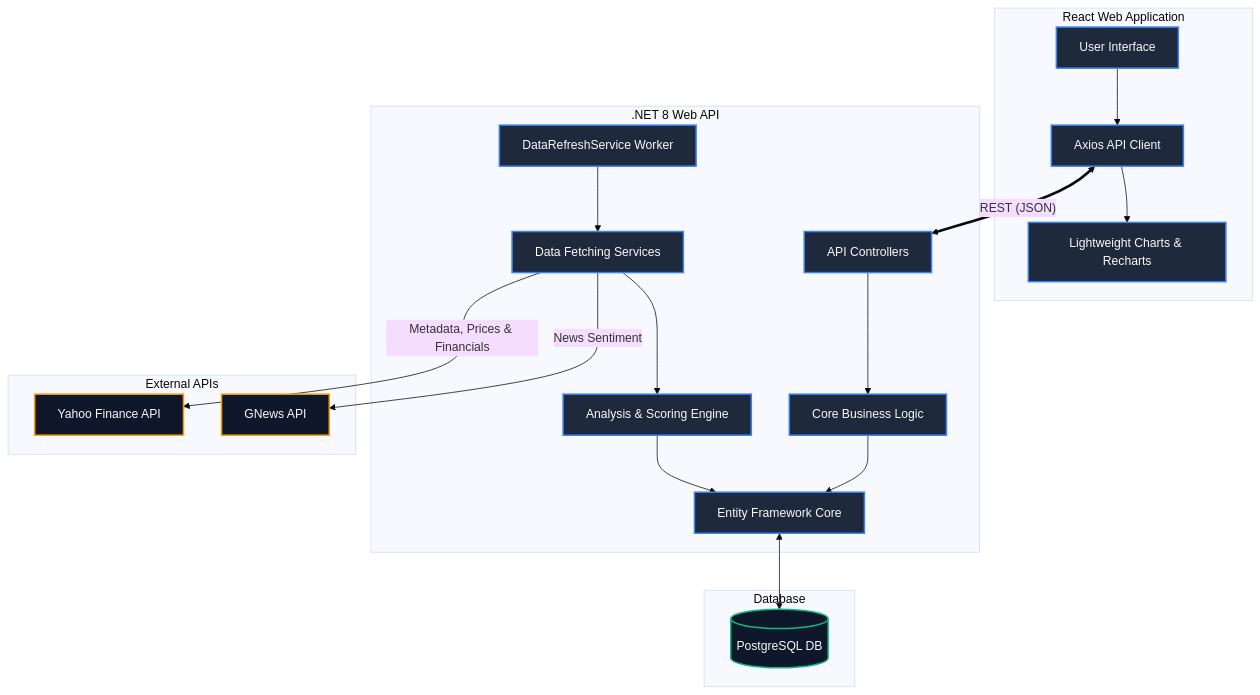
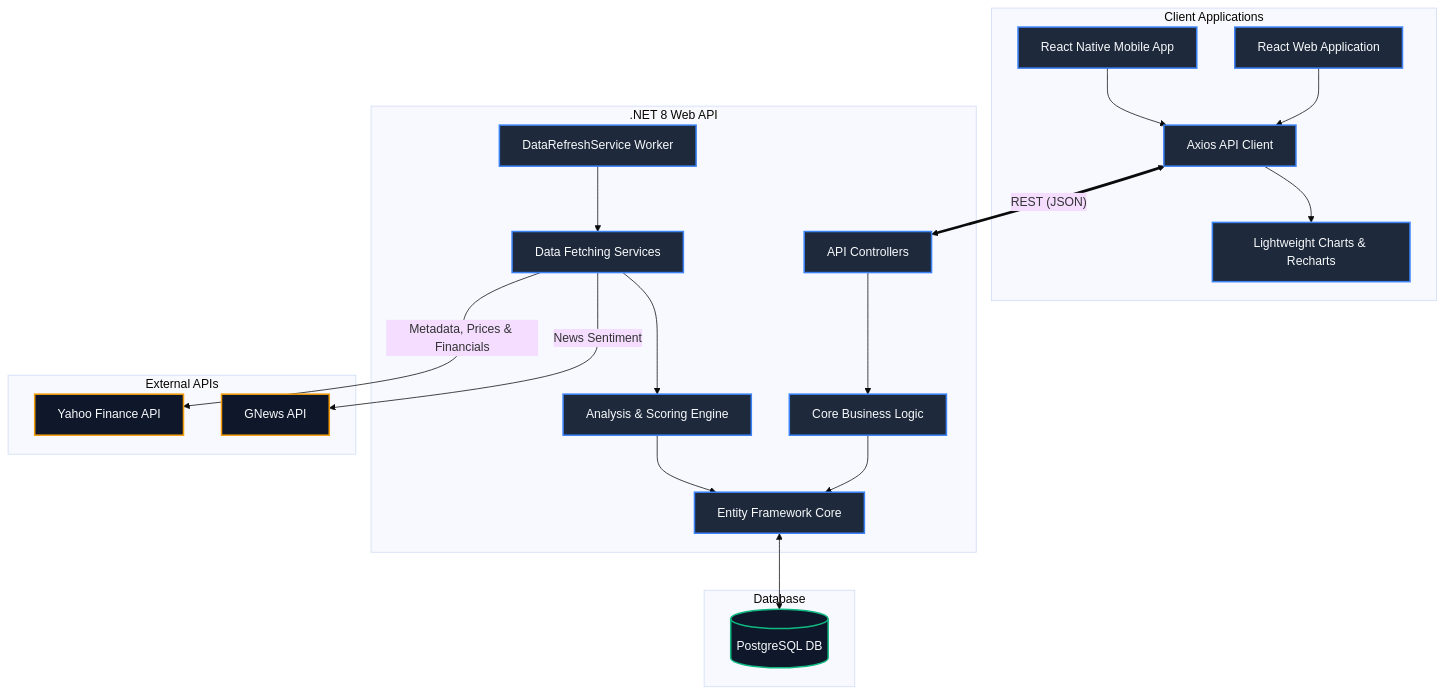
The diagram in docs/architecture.md (kausaur/stockfinder), drawn with Mermaid (base theme) before and after one commit. The commit also changed other lines of this file and 5 other files, not shown here.

Commit message:
docs: update readme and documentation for mobile app and .NET 8

````diff
--- a/docs/architecture.md
+++ b/docs/architecture.md
@@ -7,34 +7,35 @@
 ```mermaid
 graph TD
-    subgraph Frontend [React Web Application]
-        UI[User Interface] --> API_Client[Axios API Client]
+    subgraph Frontend [Client Applications]
+        UI[React Web Application] --> API_Client[Axios API Client]
         API_Client --> Charts[Lightweight Charts & Recharts]
+        Mobile[React Native Mobile App] --> API_Client
     end
 
     subgraph Backend [.NET 8 Web API]
         Controllers[API Controllers] --> Core_Services[Core Business Logic]
         Core_Services --> EF_Core[Entity Framework Core]
         
         BackgroundWorker[DataRefreshService Worker] --> Data_Services[Data Fetching Services]
         Data_Services --> Analysis_Engine[Analysis & Scoring Engine]
         Analysis_Engine --> EF_Core
     end
 
     subgraph External APIs
         Data_Services -- "Metadata, Prices & Financials" --> YahooFinance[Yahoo Finance API]
         Data_Services -- "News Sentiment" --> GNews[GNews API]
     end
 
     subgraph Database
         EF_Core <--> PostgreSQL[(PostgreSQL DB)]
     end
 
     API_Client <== "REST (JSON)" ==> Controllers
     
     classDef default fill:#1e293b,stroke:#3b82f6,stroke-width:2px,color:#f8fafc;
     classDef external fill:#0f172a,stroke:#f59e0b,stroke-width:2px,color:#f8fafc;
     classDef database fill:#0f172a,stroke:#10b981,stroke-width:2px,color:#f8fafc;
     
     class YahooFinance,GNews external;
     class PostgreSQL database;
 ```
````
